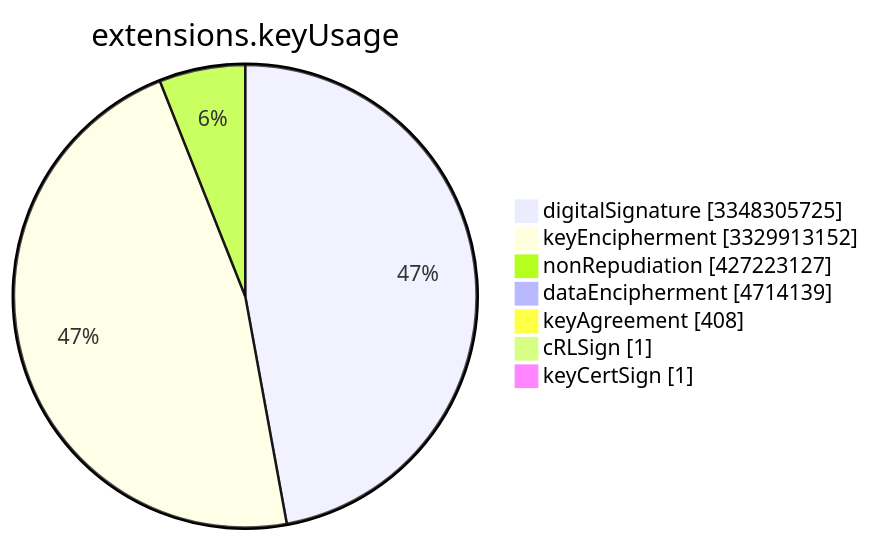
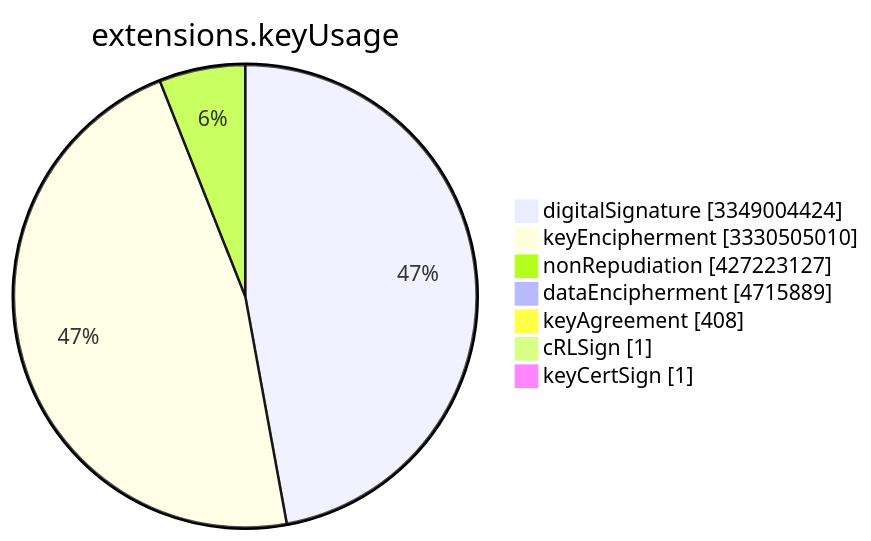
One commit to christiankrug/ctmonitor_visualization changed the sixth of 15 diagrams in TOTAL/README.md. Above: the diagram before and after it, drawn with Mermaid. The commit also changed other lines of this file, not shown here.

````diff
--- a/TOTAL/README.md
+++ b/TOTAL/README.md
@@ -3079,11 +3079,11 @@
 ```mermaid
 pie showData
 title extensions.keyUsage
-"digitalSignature" :3348305725
-"keyEncipherment" :3329913152
+"digitalSignature" :3349004424
+"keyEncipherment" :3330505010
 "nonRepudiation" :427223127
-"dataEncipherment" :4714139
+"dataEncipherment" :4715889
 "keyAgreement" :408
 "cRLSign" :1
 "keyCertSign" :1
 ```
````
